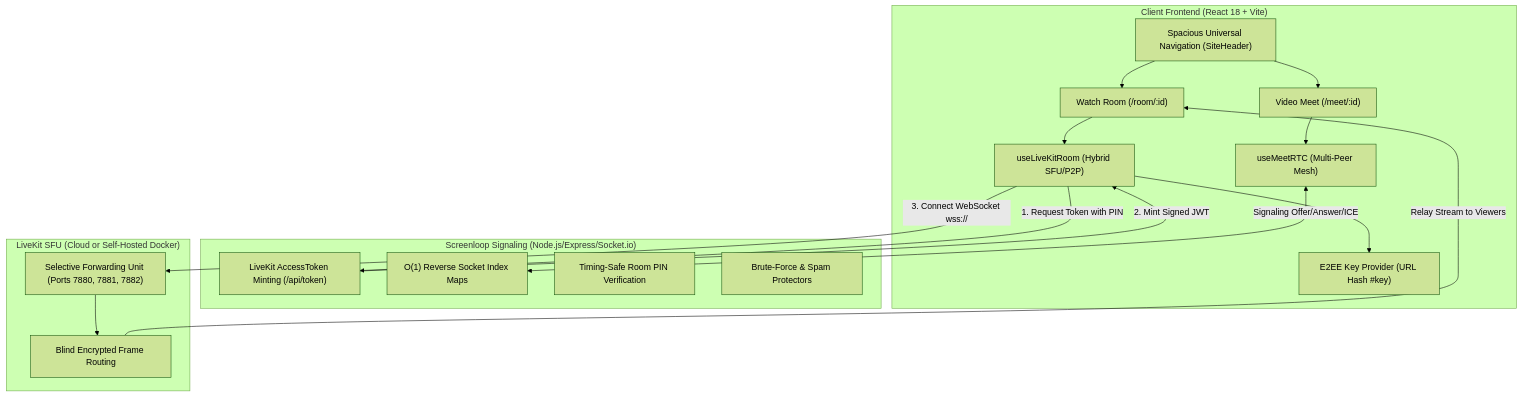
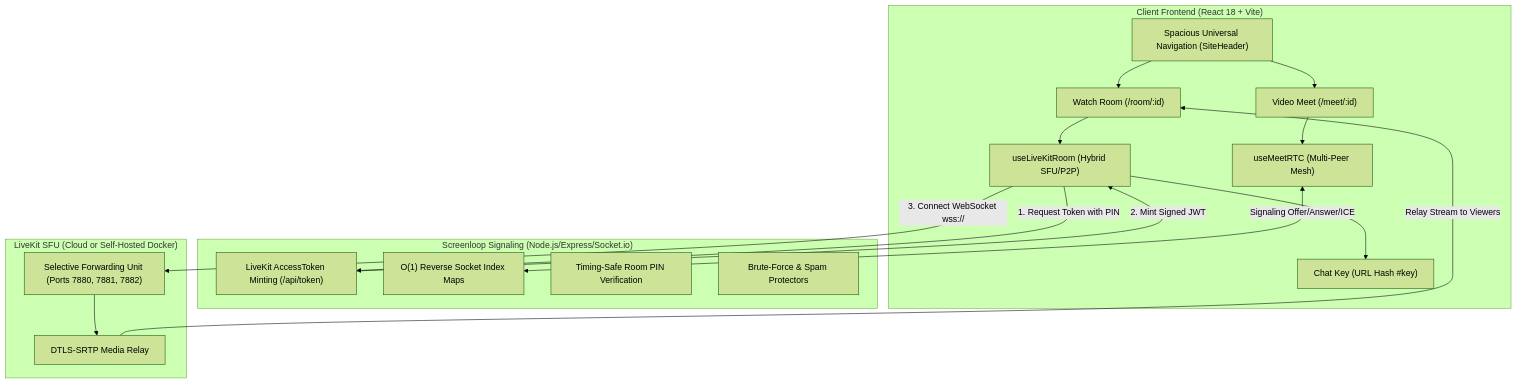
Before and after one commit to Himanshusingh204/ScreenLoop: the diagram in MASTER_PLAN_NEW.md, drawn with Mermaid (forest theme). The commit also changed other lines of this file and 11 other files, not shown here.

First line of the commit message:
docs: rewrite architecture docs for LiveKit and correct E2EE claims

````diff
--- a/MASTER_PLAN_NEW.md
+++ b/MASTER_PLAN_NEW.md
@@ -52,35 +52,35 @@
 ```mermaid
 flowchart TD
     subgraph Client["Client Frontend (React 18 + Vite)"]
         NAV["Spacious Universal Navigation (SiteHeader)"]
         WATCH["Watch Room (/room/:id)"]
         MEET["Video Meet (/meet/:id)"]
         LK_HOOK["useLiveKitRoom (Hybrid SFU/P2P)"]
         MEET_RTC["useMeetRTC (Multi-Peer Mesh)"]
-        E2EE["E2EE Key Provider (URL Hash #key)"]
+        E2EE["Chat Key (URL Hash #key)"]
     end
 
     subgraph Signaling["Screenloop Signaling (Node.js/Express/Socket.io)"]
         TOKEN_SRV["LiveKit AccessToken Minting (/api/token)"]
         O1_MAPS["O(1) Reverse Socket Index Maps"]
         AUTH_PIN["Timing-Safe Room PIN Verification"]
         RATE_LIMIT["Brute-Force & Spam Protectors"]
     end
 
     subgraph MediaRouter["LiveKit SFU (Cloud or Self-Hosted Docker)"]
         SFU["Selective Forwarding Unit (Ports 7880, 7881, 7882)"]
-        PASS_THRU["Blind Encrypted Frame Routing"]
+        PASS_THRU["DTLS-SRTP Media Relay"]
     end
 
     NAV --> WATCH
     NAV --> MEET
     WATCH --> LK_HOOK
     MEET --> MEET_RTC
     LK_HOOK --> E2EE
     LK_HOOK -->|1. Request Token with PIN| TOKEN_SRV
     TOKEN_SRV -->|2. Mint Signed JWT| LK_HOOK
     LK_HOOK -->|3. Connect WebSocket wss://| SFU
     SFU --> PASS_THRU
     PASS_THRU -->|Relay Stream to Viewers| WATCH
     MEET_RTC <-->|Signaling Offer/Answer/ICE| O1_MAPS
 ```
````
